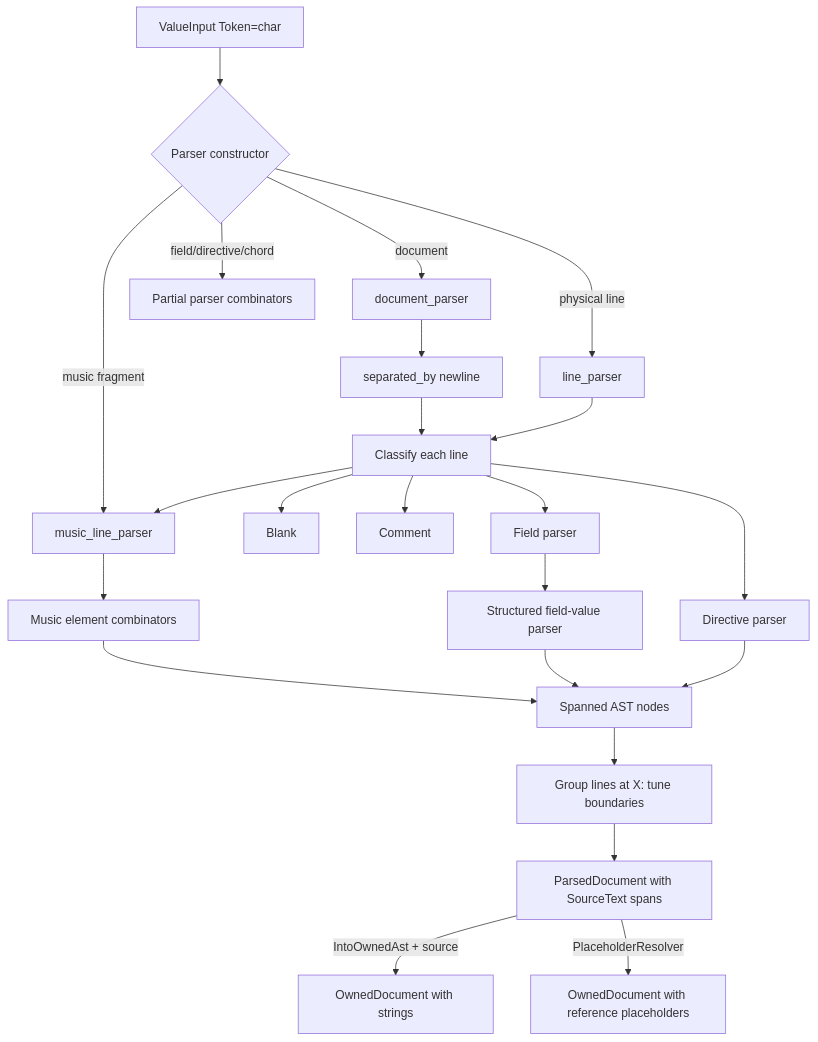
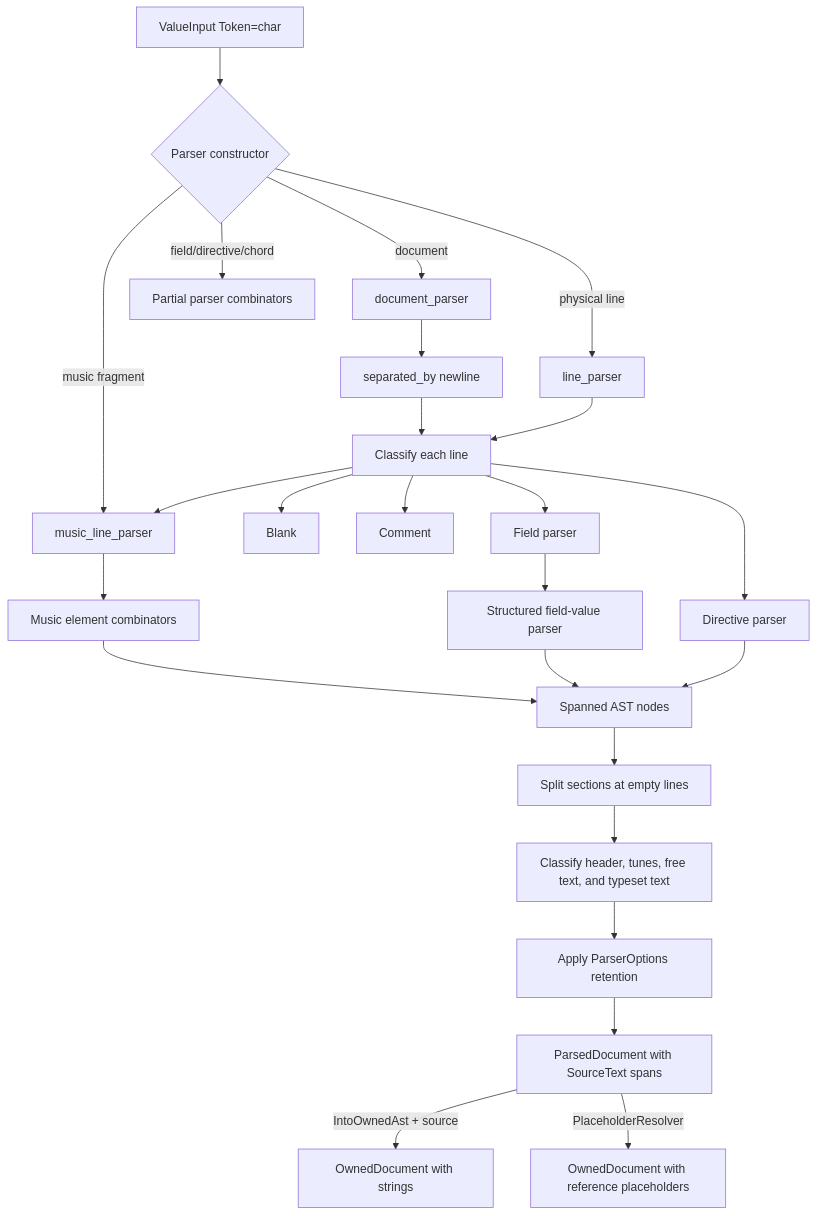
Before and after one commit to mauricebarnum/abc-parser: the first of 4 diagrams in docs/architecture.md, drawn with Mermaid. The commit also changed other lines of this file and 9 other files, not shown here.

First line of the commit message:
Parse free and typeset text as ordered document items

````diff
--- a/docs/architecture.md
+++ b/docs/architecture.md
@@ -32,25 +34,27 @@
 ```mermaid
 flowchart TD
     source["ValueInput Token=char"] --> entry{Parser constructor}
     entry -->|document| recovering[document_parser]
     entry -->|physical line| line[line_parser]
     entry -->|music fragment| music[music_line_parser]
     entry -->|field/directive/chord| partial[Partial parser combinators]
     recovering --> split[separated_by newline]
     split --> classify[Classify each line]
     line --> classify
     classify --> blank[Blank]
     classify --> comment[Comment]
     classify --> directive[Directive parser]
     classify --> field[Field parser]
     classify --> music
     field --> field_value[Structured field-value parser]
     music --> elements[Music element combinators]
     elements --> ast[Spanned AST nodes]
     field_value --> ast
     directive --> ast
-    ast --> group[Group lines at X: tune boundaries]
-    group --> parsed[ParsedDocument with SourceText spans]
+    ast --> group[Split sections at empty lines]
+    group --> ordered[Classify header, tunes, free text, and typeset text]
+    ordered --> filter[Apply ParserOptions retention]
+    filter --> parsed[ParsedDocument with SourceText spans]
     parsed -->|IntoOwnedAst + source| owned[OwnedDocument with strings]
     parsed -->|PlaceholderResolver| detached[OwnedDocument with reference placeholders]
 ```
````
